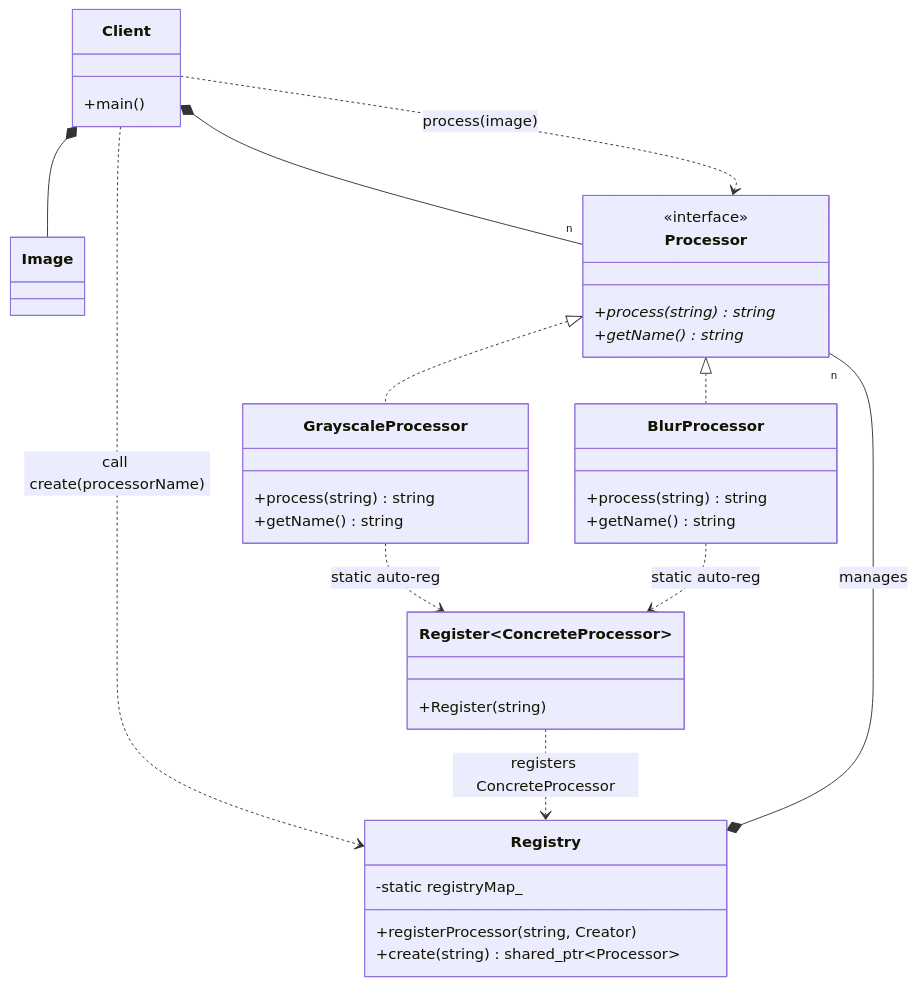
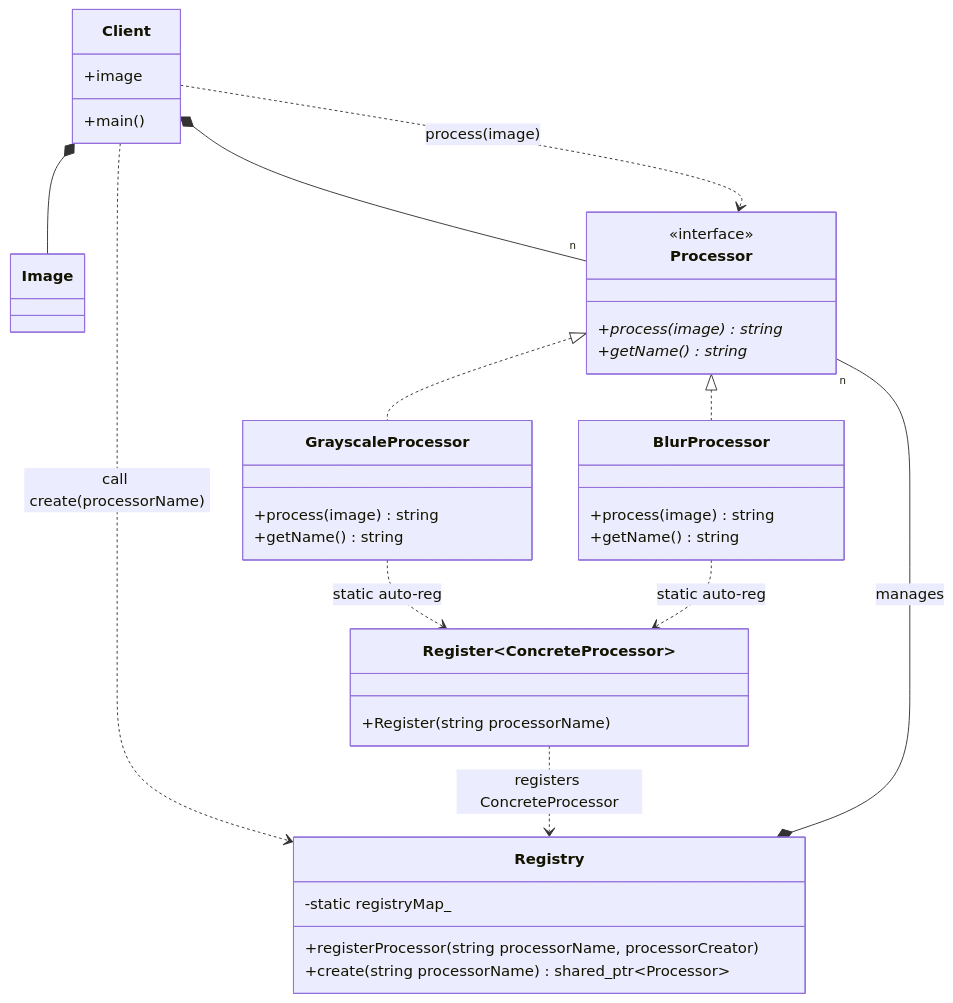
Before and after one commit to Cichlidfishexigency721/Modern-CPP-Design-Patterns: the diagram in 16_Register/README.md, drawn with Mermaid. The commit also changed 2 other files, not shown here.

Commit message:
UML improvement

````diff
--- a/16_Register/README.md
+++ b/16_Register/README.md
@@ -96,54 +96,55 @@
 ```mermaid
 classDiagram
    class Image
 
    class Processor {
       <<interface>>
-      +process(string) string*
+      +process(image) string*
       +getName() string*
    }
 
    class GrayscaleProcessor {
-      +process(string) string
+      +process(image) string
       +getName() string
    }
 
    class BlurProcessor {
-      +process(string) string
+      +process(image) string
       +getName() string
    }
 
    class Registry {
       -static registryMap_
-      +registerProcessor(string, Creator)
-      +create(string) shared_ptr~Processor~
+      +registerProcessor(string processorName, processorCreator)
+      +create(string processorName) shared_ptr~Processor~
    }
 
    class Register~ConcreteProcessor~ {
-      +Register(string)
+      +Register(string processorName)
    }
 
    class Client {
+      +image
       +main()
    }
 
    %% Inheritance (Implements)
    Processor <|.. GrayscaleProcessor
    Processor <|.. BlurProcessor
 
    %% The Registry manages the lifecycle of processors (Singleton/Flyweight)
    %% Composition (Has_a) - Multiplicity "n" at the end
    Registry *-- "n" Processor : manages
 
    %% Auto-registration mechanism
    %% Dependency (..>) - No numbers
    Register~ConcreteProcessor~ ..> Registry : registers ConcreteProcessor
    GrayscaleProcessor ..> Register~ConcreteProcessor~ : static auto-reg
    BlurProcessor ..> Register~ConcreteProcessor~ : static auto-reg
 
    %% Client interactions
    Client *-- Image
    Client ..> Registry : call create(processorName)
    Client *-- "n" Processor
    Client ..> Processor : process(image)
 ```
````
